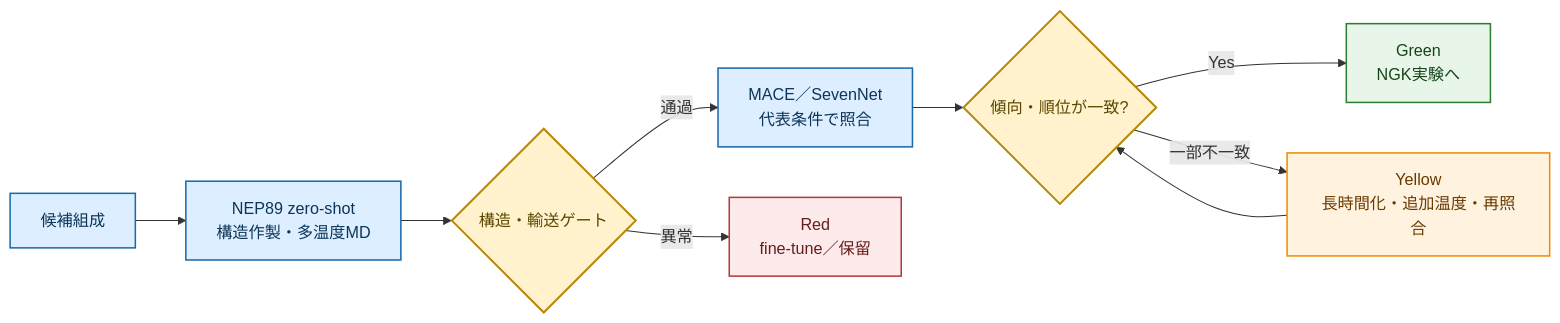
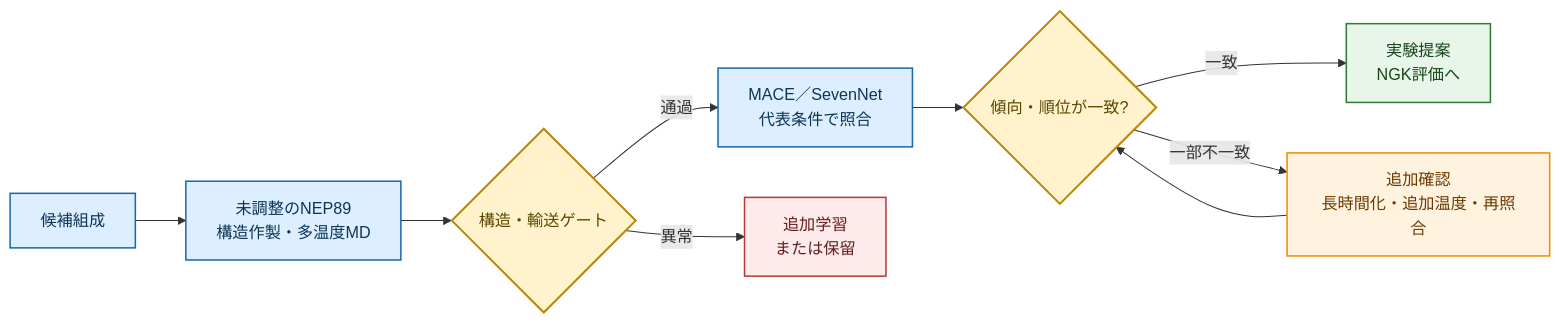
One commit to Long-Brian-Yang/li-research changed the eighth of 9 diagrams in docs/presentations/pretrained_potential_screening_proposal_7min_ja.md. Above: the diagram before and after it, drawn with Mermaid. The commit also changed other lines of this file, not shown here.

````diff
--- a/docs/presentations/pretrained_potential_screening_proposal_7min_ja.md
+++ b/docs/presentations/pretrained_potential_screening_proposal_7min_ja.md
@@ -649,22 +649,22 @@
 ```mermaid
 flowchart LR
-    A["候補組成"] --> B["NEP89 zero-shot<br/>構造作製・多温度MD"]
+    A["候補組成"] --> B["未調整のNEP89<br/>構造作製・多温度MD"]
     B --> C{"構造・輸送ゲート"}
     C -->|"通過"| D["MACE／SevenNet<br/>代表条件で照合"]
-    C -->|"異常"| R["Red<br/>fine-tune／保留"]
+    C -->|"異常"| R["追加学習<br/>または保留"]
     D --> E{"傾向・順位が一致?"}
-    E -->|"Yes"| G["Green<br/>NGK実験へ"]
-    E -->|"一部不一致"| Y["Yellow<br/>長時間化・追加温度・再照合"]
+    E -->|"一致"| G["実験提案<br/>NGK評価へ"]
+    E -->|"一部不一致"| Y["追加確認<br/>長時間化・追加温度・再照合"]
     Y --> E
 
     classDef calc fill:#dceeff,stroke:#1769aa,color:#0d3557,stroke-width:1.5px;
     classDef gate fill:#fff2cc,stroke:#b8860b,color:#5c4700,stroke-width:2px;
     classDef good fill:#e8f5e9,stroke:#2e7d32,color:#17451a,stroke-width:1.5px;
     classDef review fill:#fff3e0,stroke:#ef8c00,color:#6a3a00,stroke-width:1.5px;
     classDef retrain fill:#fdeaea,stroke:#b33a3a,color:#651d1d,stroke-width:1.5px;
     class A,B,D calc;
     class C,E gate;
     class G good;
     class Y review;
     class R retrain;
 ```
````
